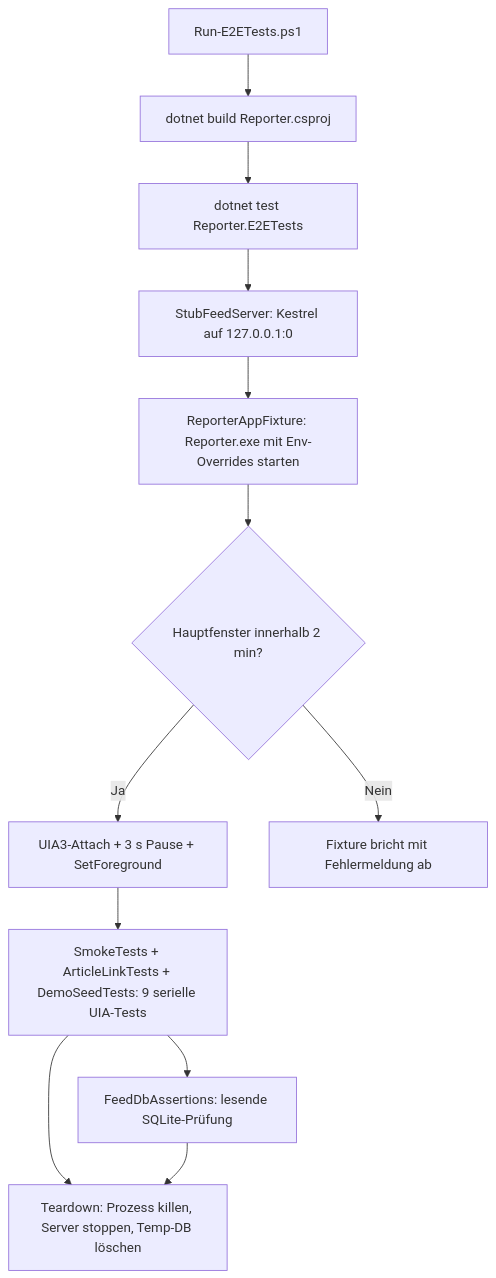
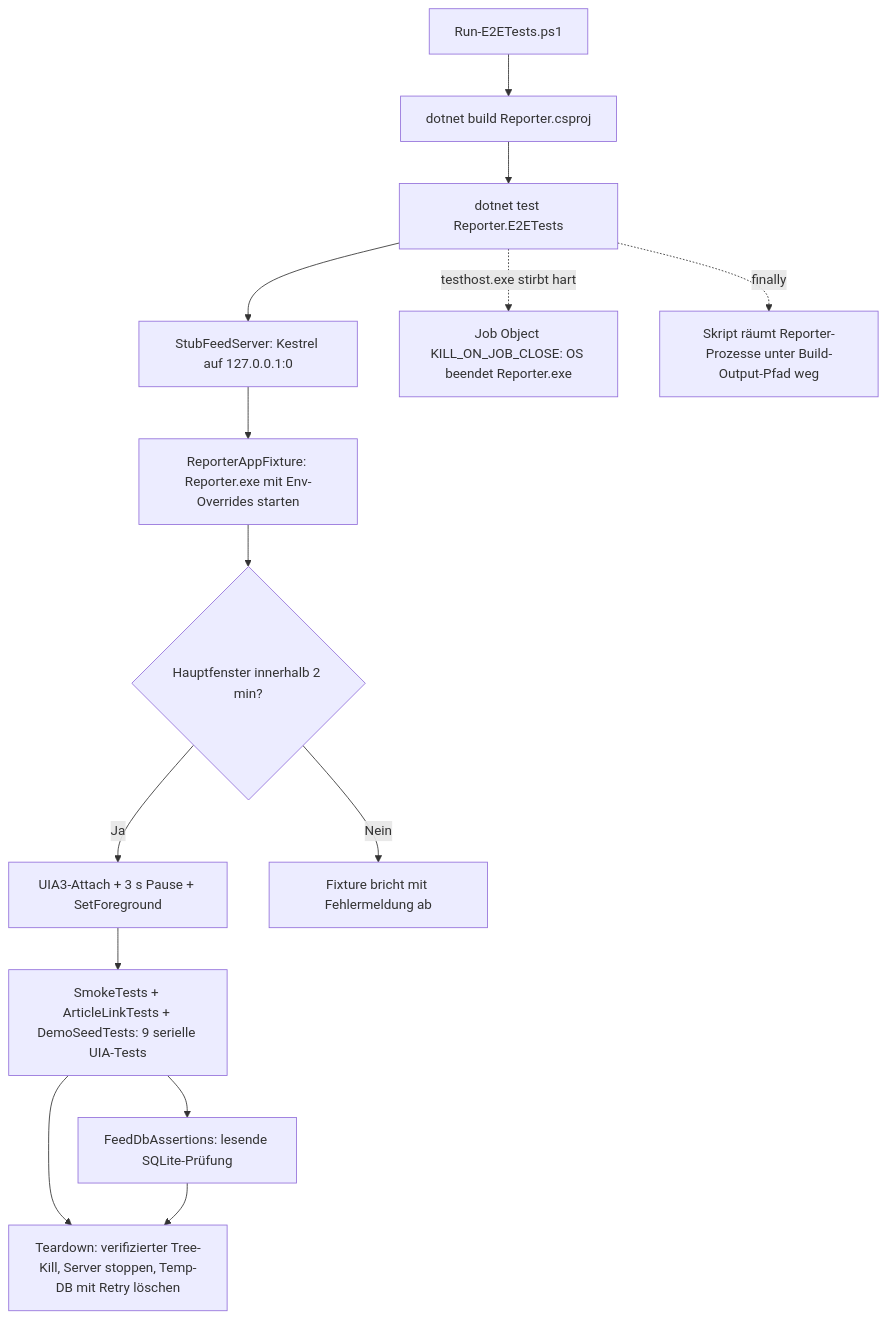
One commit to martin-stromberg/Reporter changed the diagram in docs/help/tests/ablauf-technisch.md. Above: the diagram before and after it, drawn with Mermaid. The commit also changed other lines of this file and 30 other files, not shown here.

First line of the commit message:
feat: E2E-Tests hinterlassen keinen haengenden Reporter.exe-Prozess mehr

````diff
--- a/docs/help/tests/ablauf-technisch.md
+++ b/docs/help/tests/ablauf-technisch.md
@@ -71,14 +74,16 @@
 ```mermaid
 flowchart TD
     A[Run-E2ETests.ps1] --> B[dotnet build Reporter.csproj]
     B --> C[dotnet test Reporter.E2ETests]
     C --> D[StubFeedServer: Kestrel auf 127.0.0.1:0]
     D --> E[ReporterAppFixture: Reporter.exe mit Env-Overrides starten]
     E --> F{Hauptfenster innerhalb 2 min?}
     F -- Ja --> G[UIA3-Attach + 3 s Pause + SetForeground]
     F -- Nein --> H[Fixture bricht mit Fehlermeldung ab]
     G --> I[SmokeTests + ArticleLinkTests + DemoSeedTests: 9 serielle UIA-Tests]
     I --> J[FeedDbAssertions: lesende SQLite-Prüfung]
-    I --> K[Teardown: Prozess killen, Server stoppen, Temp-DB löschen]
+    I --> K[Teardown: verifizierter Tree-Kill, Server stoppen, Temp-DB mit Retry löschen]
     J --> K
+    C -.->|testhost.exe stirbt hart| L[Job Object KILL_ON_JOB_CLOSE: OS beendet Reporter.exe]
+    C -.->|finally| M[Skript räumt Reporter-Prozesse unter Build-Output-Pfad weg]
 ```
````
